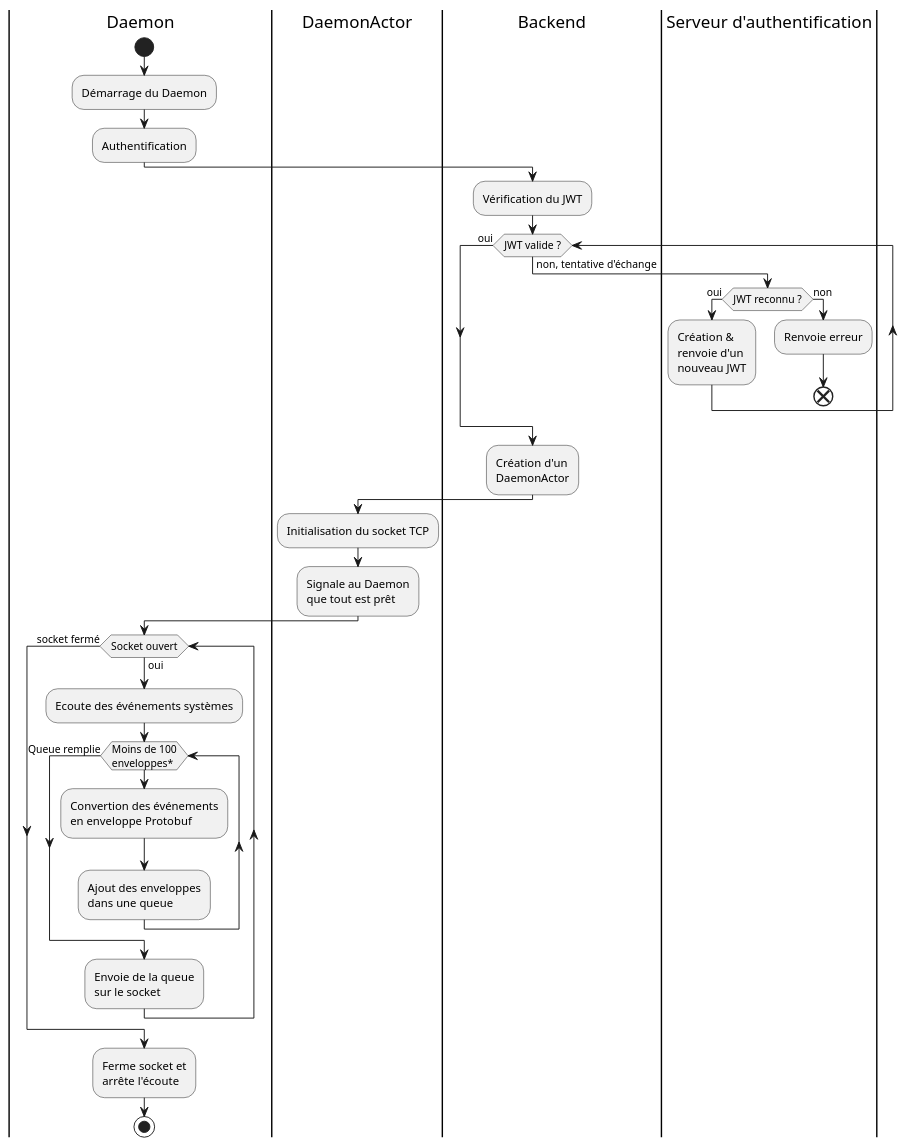
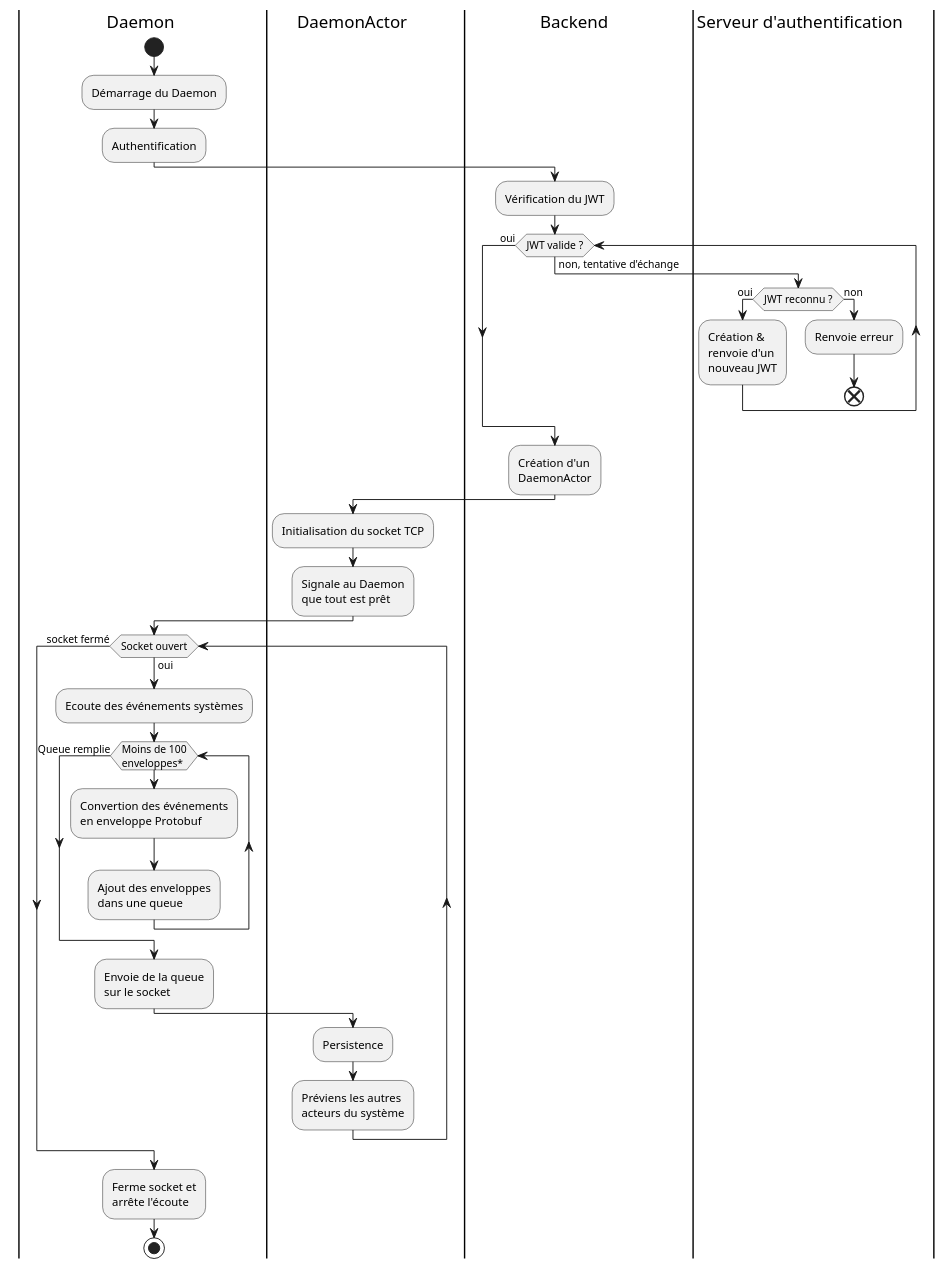
One commit to FocusCompany/Documents changed the diagram in AA2/Daemon/processus_global.plantuml. Above: the diagram before and after it, drawn with PlantUML. The commit also changed other lines of this file, not shown here.

Commit message:
Add actions in DaemonActor when receiving data from Daemon

```diff
--- a/AA2/Daemon/processus_global.plantuml
+++ b/AA2/Daemon/processus_global.plantuml
@@ -1,42 +4,49 @@
 @startuml
+skinparam swimlaneWidth same
+
 |Daemon|
 start
 :Démarrage du Daemon;
 :Authentification;
 
 'Putting DaemonActor swimlane here allows to manipulate the order in which they appear
 |DaemonActor|
 |Backend|
 :Vérification du JWT;
 while (JWT valide ?) is (non, tentative d'échange)
   |Serveur d'authentification|
   if (JWT reconnu ?) then (oui)
     :Création & \nrenvoie d'un\nnouveau JWT;
   else (non)
     :Renvoie erreur;
     end
   endif
 endwhile (oui)
 
   |Backend|
   :Création d'un\nDaemonActor;
 
 
 
 |DaemonActor|
 :Initialisation du socket TCP;
 :Signale au Daemon\nque tout est prêt;
 
 |Daemon|
 while (Socket ouvert) is (oui)
   :Ecoute des événements systèmes;
   while (Moins de 100\nenveloppes*)
     :Convertion des événements\nen enveloppe Protobuf;
     :Ajout des enveloppes\ndans une queue;
   endwhile (Queue remplie)
 :Envoie de la queue\nsur le socket;
 
+|DaemonActor|
+:Persistence;
+:Préviens les autres\nacteurs du système;
+
+|Daemon|
 endwhile (socket fermé)
 :Ferme socket et\narrête l'écoute;
 stop
 @enduml
```
